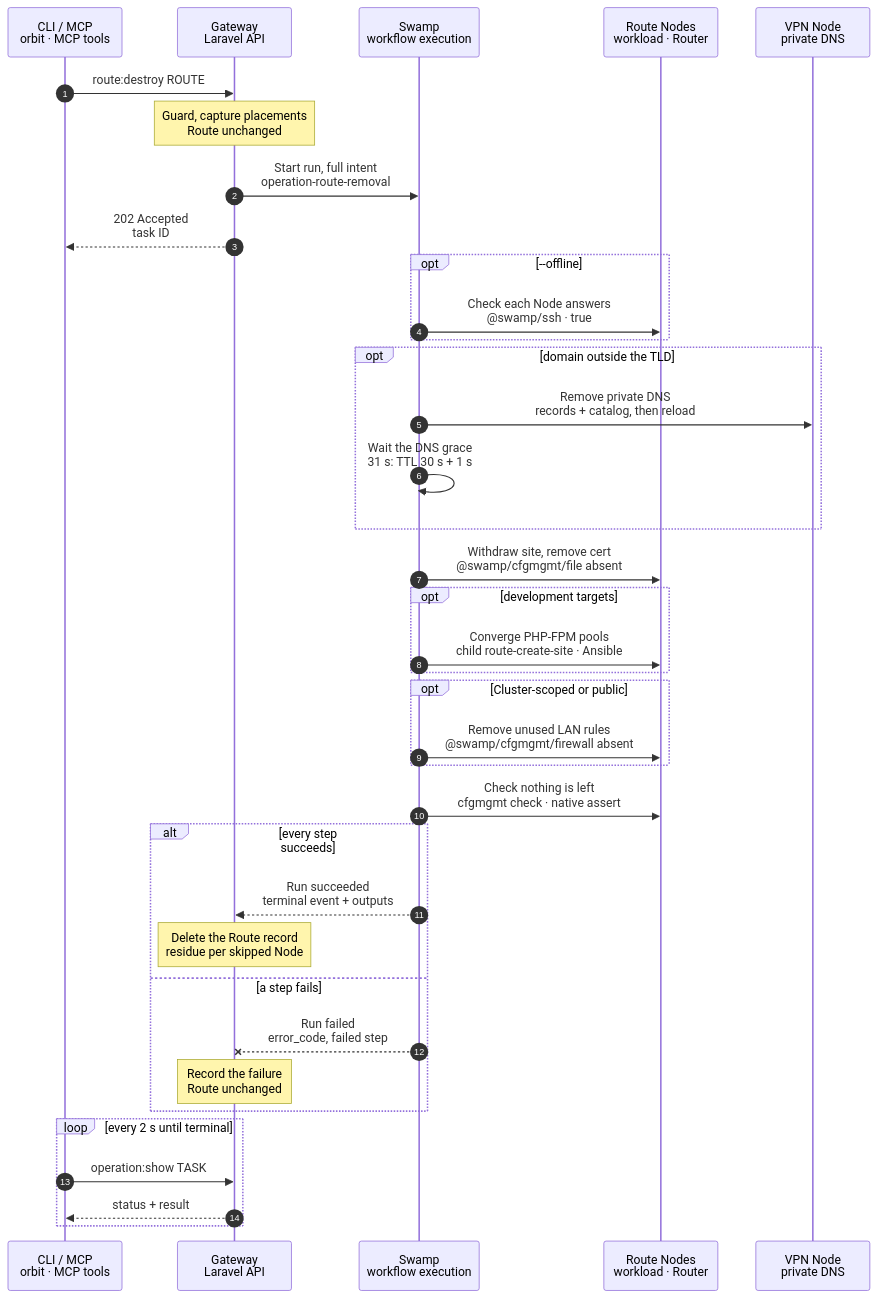
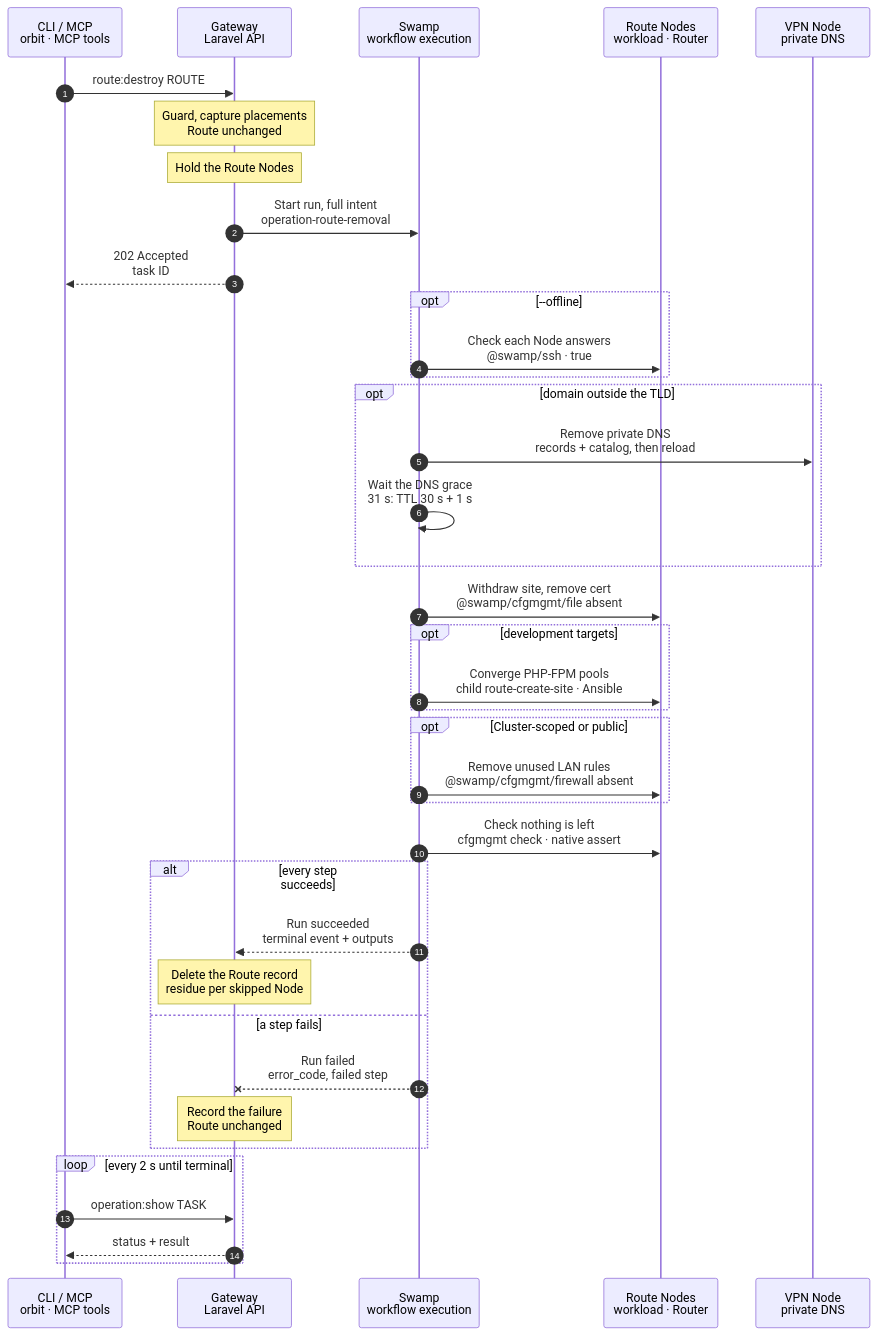
One commit to hardimpactdev/orbit changed the diagram in docs/cli/route/destroy.mmd. Above: the diagram before and after it, drawn with Mermaid. The commit also changed 16 other files, not shown here.

First line of the commit message:
feat(routes): the Gateway holds each Route-serving Node from admission to the terminal state

```diff
--- a/docs/cli/route/destroy.mmd
+++ b/docs/cli/route/destroy.mmd
@@ -1,57 +1,67 @@
 sequenceDiagram
+  %% Decided by the orchestrator, for Nick's review (2026-11-06): the Gateway holds each Route-serving Node from admission to the terminal state; a second Route write on it waits (docs/reference/routes.md#coordinate-publication).
   %% Target design: ADR 0244 task, one Swamp run, official cfgmgmt behaviors and SSH argv commands. docs/reference/routes.md#remove-a-route.
   %% Decided by the orchestrator, for Nick's review (2026-11-06): the Node work of the site child is one Ansible phase (see route:create).
   %% status: draft
   %% command: route:destroy
   %% kind: route.destroy
   autonumber
   %% lane CLI icon=terminal pill=caller tone=gray
   %% lane GW icon=gateway pill=intent tone=blue
   %% lane SW icon=workflow pill=executes tone=green
   %% lane N icon=server pill=target tone=amber
   %% lane V icon=server pill=target tone=purple
   participant CLI as CLI / MCP<br/>orbit · MCP tools
   participant GW as Gateway<br/>Laravel API
   participant SW as Swamp<br/>workflow execution
   participant N as Route Nodes<br/>workload · Router
   participant V as VPN Node<br/>private DNS
   CLI->>GW: route:destroy ROUTE
   Note over GW: Guard, capture placements<br/>Route unchanged
   %%> Replacement that never activated:
   %%> - the run also restores the old domain's URL and DNS; the replaced Route stays
+  Note over GW: Hold the Route Nodes
+  %%> What it does:
+  %%> - holds each Node that serves this Route's site (Caddy and PHP) from admission to the terminal state
+  %%> - a second Route write on one of those Nodes waits (task status `waiting`) and starts when the Node is free, oldest first
+  %%> Not held:
+  %%> - the DNS Node: its records are keyed, and the apply phase refuses a file that changed since the read
+  %%> Limit:
+  %%> - two Route writes on one Node run one after the other, so each waits for the other's whole run
+  %%> - a task that waits starts from the Node's live files; a site block that matches none of its captured states still stops it with `owned_revision_conflict`
   GW->>SW: Start run, full intent<br/>operation-route-removal
   GW-->>CLI: 202 Accepted<br/>task ID
   opt --offline
     SW->>N: Check each Node answers<br/>@swamp/ssh · true
     %%> When:
     %%> - a Node that does not answer is skipped and keeps its residue for `node:converge`; the VPN Node is never skipped
   end
   opt domain outside the TLD
     SW->>V: Remove private DNS<br/>records + catalog, then reload
     SW->>SW: Wait the DNS grace<br/>31 s: TTL 30 s + 1 s
   end
   SW->>N: Withdraw site, remove cert<br/>@swamp/cfgmgmt/file absent
   opt development targets
     SW->>N: Converge PHP-FPM pools<br/>child route-create-site · Ansible
   end
   opt Cluster-scoped or public
     SW->>N: Remove unused LAN rules<br/>@swamp/cfgmgmt/firewall absent
   end
   SW->>N: Check nothing is left<br/>cfgmgmt check · native assert
   alt every step succeeds
     SW-->>GW: Run succeeded<br/>terminal event + outputs
     Note over GW: Delete the Route record<br/>residue per skipped Node
   else a step fails
     SW--xGW: Run failed<br/>error_code, failed step
     Note over GW: Record the failure<br/>Route unchanged
     %%> Result:
     %%> - the task carries the failed step; the Route stays as it was, because a failed Route would render no site
     %%> On the Nodes:
     %%> - finished steps stay; there is no rollback
     %%> Retry:
     %%> - run the same command again after the fix; every step runs again from the start
   end
   loop every 2 s until terminal
     CLI->>GW: operation:show TASK
     GW-->>CLI: status + result
   end
```
